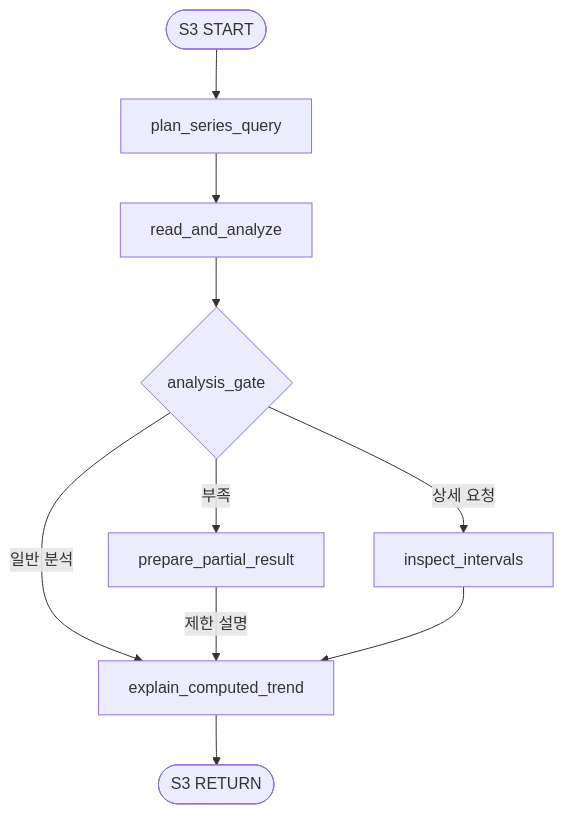
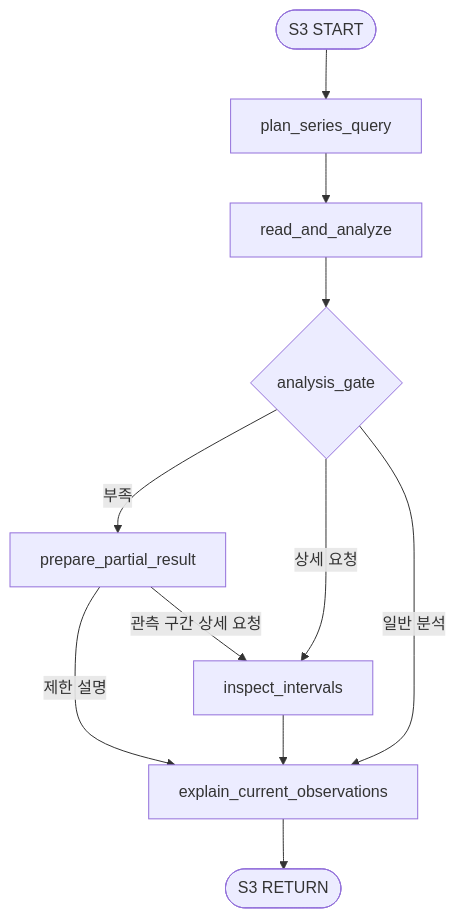
One commit to U-Je0n9/skadi-flow-lab changed the fifth of 7 diagrams in design-v2.1.md. Above: the diagram before and after it, drawn with Mermaid. The commit also changed other lines of this file and 13 other files, not shown here.

````diff
--- a/design-v2.1.md
+++ b/design-v2.1.md
@@ -996,20 +943,21 @@
 ```mermaid
 flowchart TD
     node_s3in(["S3 START"])
     node_s3plan["plan_series_query"]
     node_s3calc["read_and_analyze"]
     node_s3gate{"analysis_gate"}
     node_s3partial["prepare_partial_result"]
     node_s3detail["inspect_intervals"]
-    node_s3explain["explain_computed_trend"]
+    node_s3explain["explain_current_observations"]
     node_s3out(["S3 RETURN"])
     node_s3in --> node_s3plan
     node_s3plan --> node_s3calc
     node_s3calc --> node_s3gate
     node_s3gate -->|"부족"| node_s3partial
     node_s3gate -->|"상세 요청"| node_s3detail
     node_s3gate -->|"일반 분석"| node_s3explain
     node_s3partial -->|"제한 설명"| node_s3explain
     node_s3detail --> node_s3explain
     node_s3explain --> node_s3out
+    node_s3partial -->|"관측 구간 상세 요청"| node_s3detail
 ```
````
